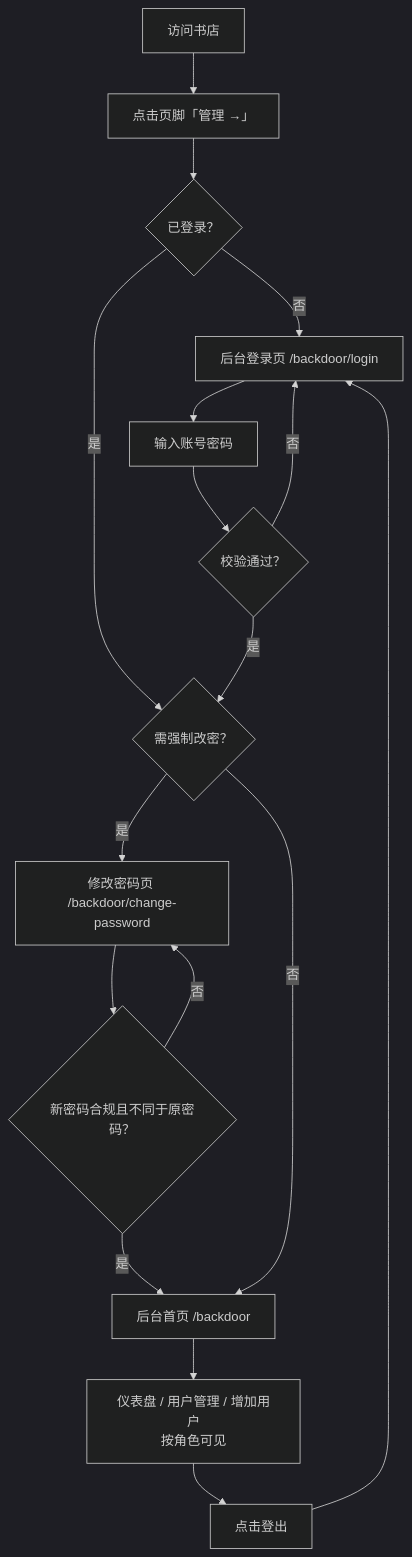
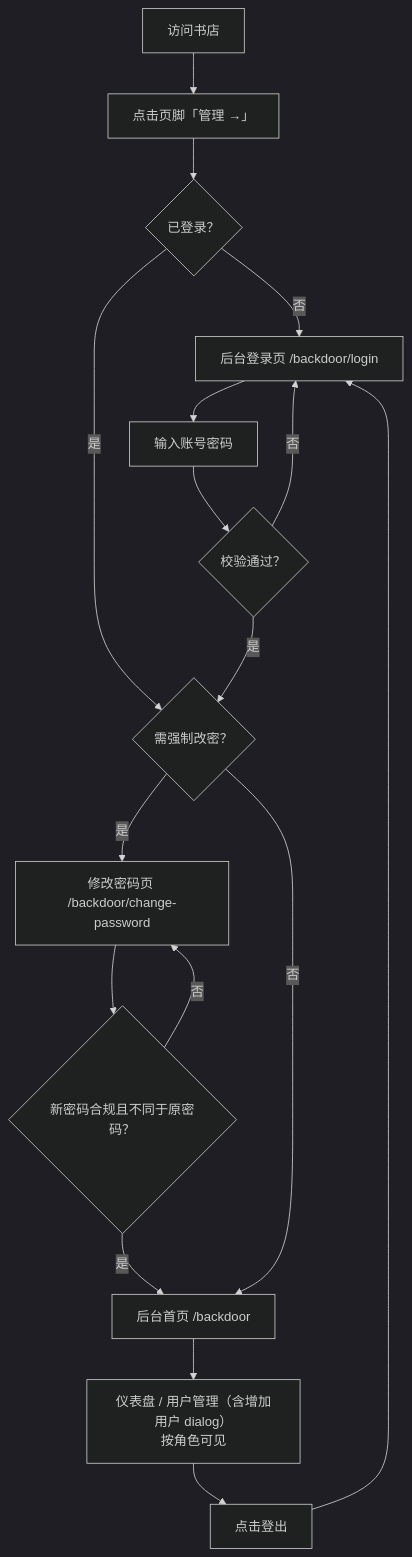
Before and after one commit to Deliay/sumire: the diagram in docs/product/requirements/draft/2026-08-12-backdoor-auth-prd.md, drawn with Mermaid (dark theme). The commit also changed other lines of this file and 19 other files, not shown here.

````diff
--- a/docs/product/requirements/draft/2026-08-12-backdoor-auth-prd.md
+++ b/docs/product/requirements/draft/2026-08-12-backdoor-auth-prd.md
@@ -159,19 +159,19 @@
 ```mermaid
 flowchart TD
     A[访问书店] --> B[点击页脚「管理 →」]
     B --> C{已登录？}
     C -->|否| D[后台登录页 /backdoor/login]
     C -->|是| P{需强制改密？}
     D --> F[输入账号密码]
     F --> G{校验通过？}
     G -->|否| D
     G -->|是| P
     P -->|是| Q[修改密码页 /backdoor/change-password]
     Q --> R{新密码合规且不同于原密码？}
     R -->|否| Q
     R -->|是| E[后台首页 /backdoor]
     P -->|否| E
-    E --> H[仪表盘 / 用户管理 / 增加用户<br>按角色可见]
+    E --> H[仪表盘 / 用户管理（含增加用户 dialog）<br>按角色可见]
     H --> I[点击登出]
     I --> D
 ```
````
